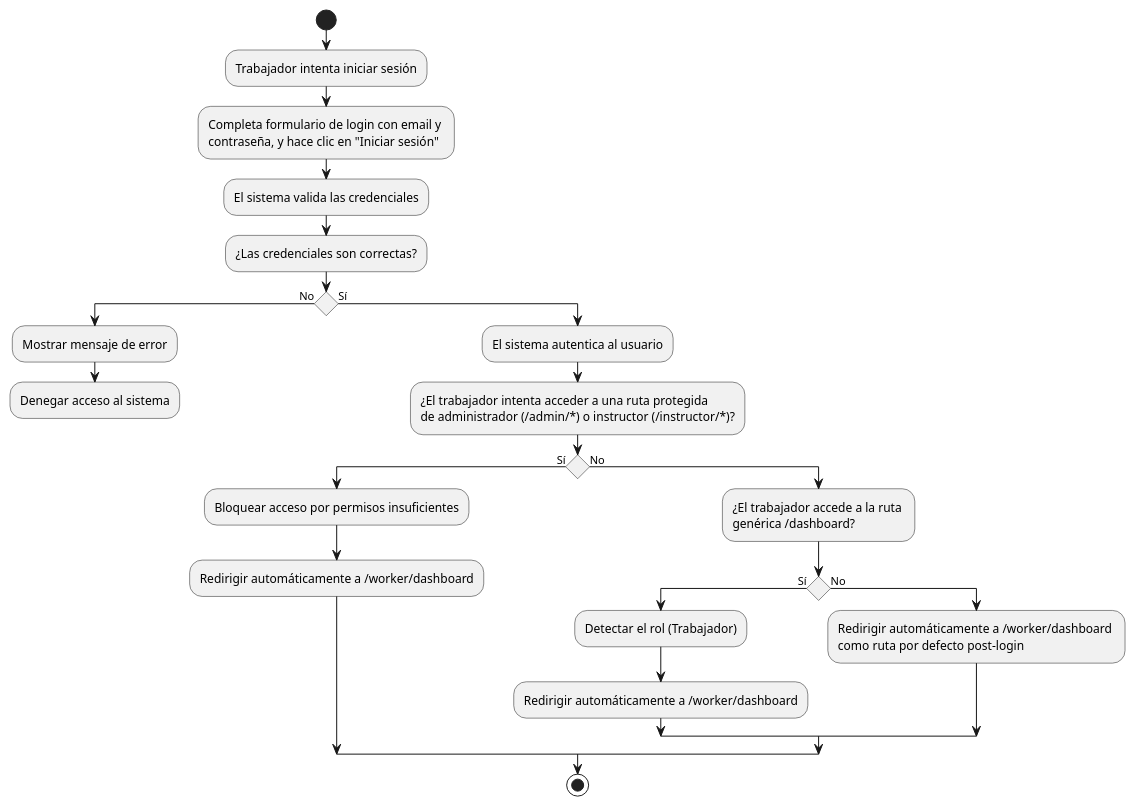
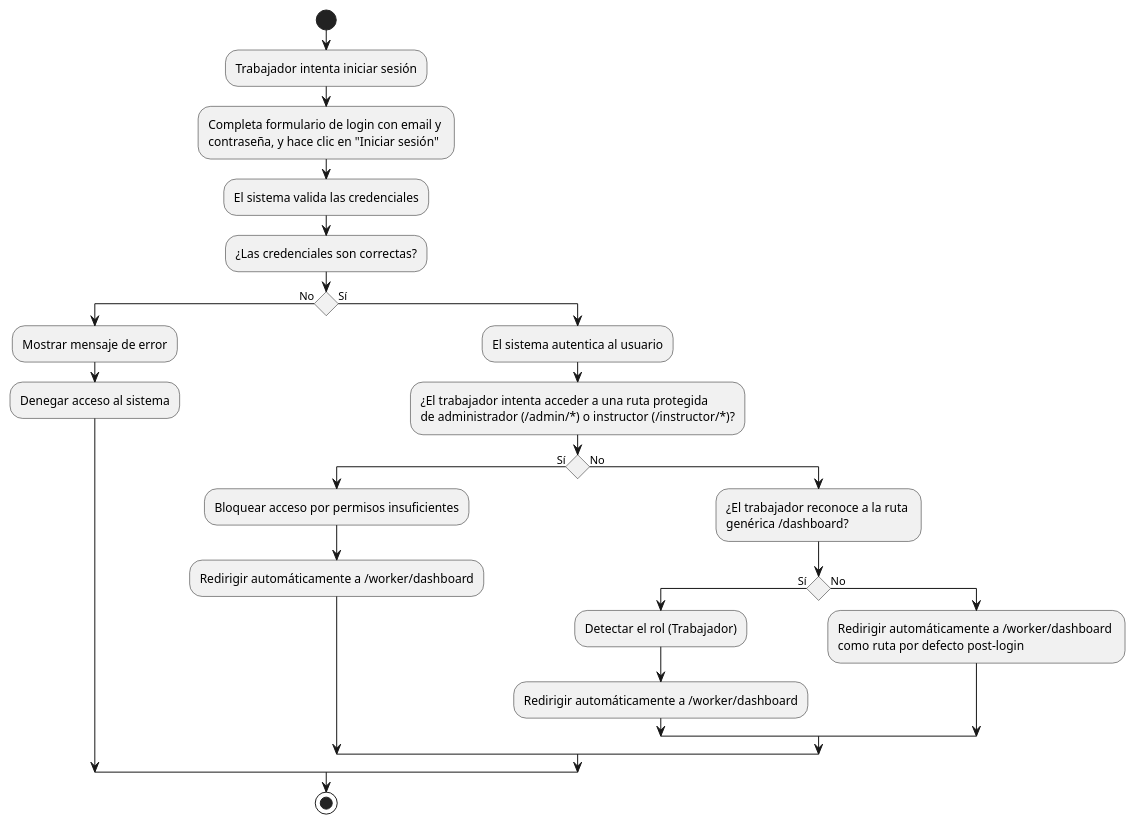
Before and after one commit to MasterErrorCLONE04/SIGERD.1.0: the diagram in document/diagrama_actividades/TRB/TRB-1.md, drawn with PlantUML. The commit also changed 28 other files, not shown here.

````diff
--- a/document/diagrama_actividades/TRB/TRB-1.md
+++ b/document/diagrama_actividades/TRB/TRB-1.md
@@ -18,37 +18,36 @@
 ```plantuml
 @startuml
 skinparam ConditionEndStyle hline
 
 start
 
 :Trabajador intenta iniciar sesión;
 :Completa formulario de login con email y \ncontraseña, y hace clic en "Iniciar sesión";
 
 :El sistema valida las credenciales;
 
 :¿Las credenciales son correctas?;
 if () then (No)
   :Mostrar mensaje de error;
   :Denegar acceso al sistema;
-  kill
 else (Sí)
   :El sistema autentica al usuario;
   
   :¿El trabajador intenta acceder a una ruta protegida\nde administrador (/admin/*) o instructor (/instructor/*)?;
   if () then (Sí)
     :Bloquear acceso por permisos insuficientes;
     :Redirigir automáticamente a /worker/dashboard;
   else (No)
-    :¿El trabajador accede a la ruta \ngenérica /dashboard?;
+    :¿El trabajador reconoce a la ruta \ngenérica /dashboard?;
     if () then (Sí)
       :Detectar el rol (Trabajador);
       :Redirigir automáticamente a /worker/dashboard;
     else (No)
       :Redirigir automáticamente a /worker/dashboard \ncomo ruta por defecto post-login;
     endif
   endif
-  stop
 endif
 
+stop
 @enduml
 ```
````
